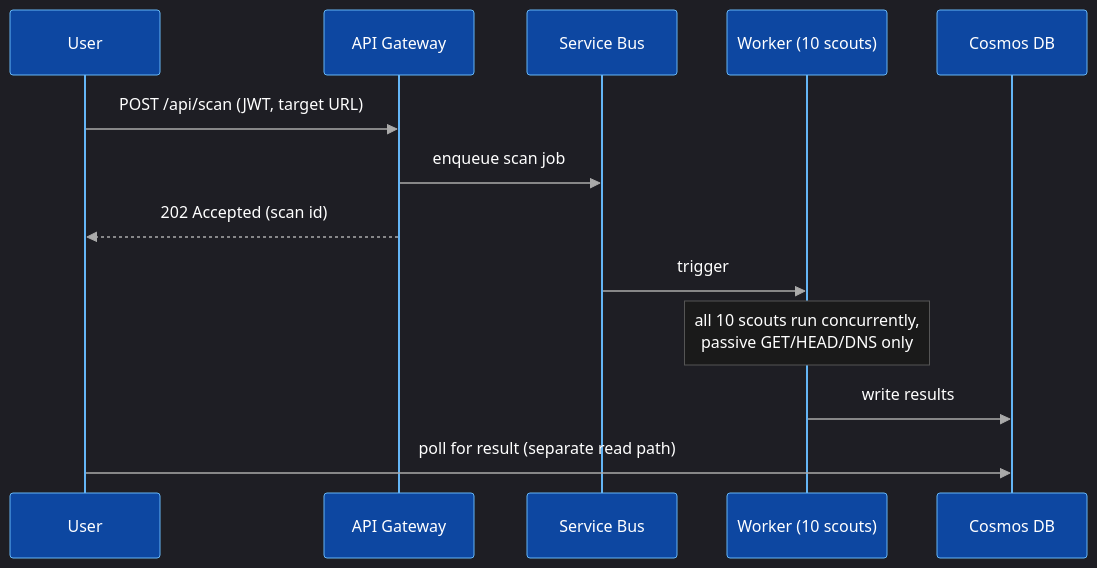
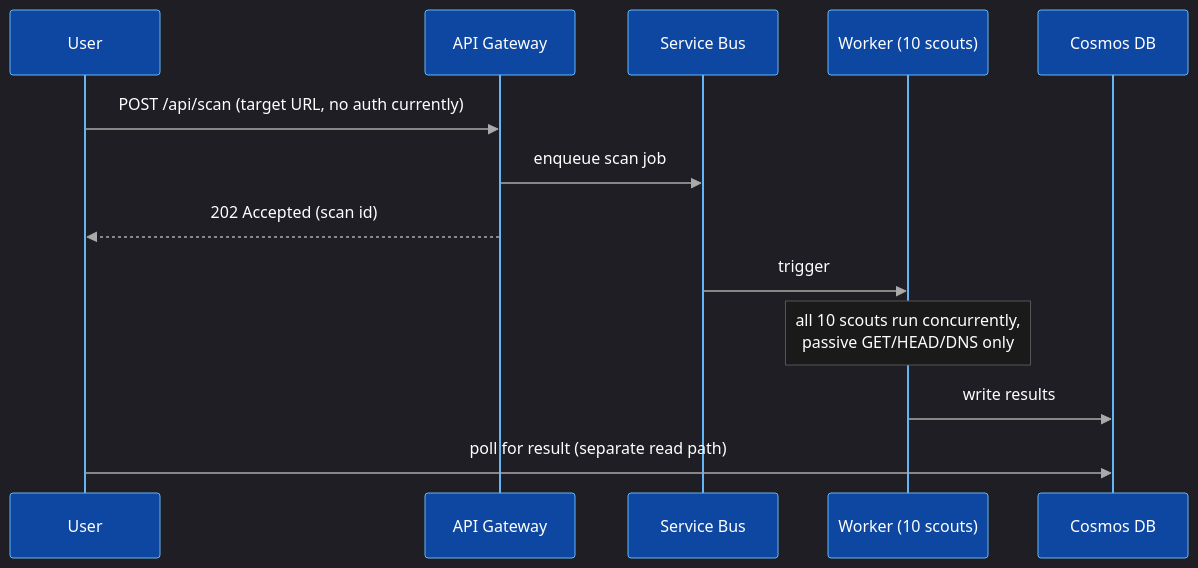
The diagram in docs/index.md (amramer101/Bravo6-RS), drawn with Mermaid before and after one commit. The commit also changed 45 other files, not shown here.

````diff
--- a/docs/index.md
+++ b/docs/index.md
@@ -30,39 +30,39 @@
 ```mermaid
 %%{init: {
   'theme': 'dark',
   'themeVariables': {
     'primaryColor': '#0D47A1',
     'primaryBorderColor': '#64B5F6',
     'lineColor': '#aaa',
     'secondaryColor': '#1A237E',
     'tertiaryColor': '#311B92',
     'actorBkg': '#0D47A1',
     'actorBorder': '#64B5F6',
     'actorTextColor': '#fff',
     'actorLineColor': '#64B5F6',
     'signalColor': '#aaa',
     'signalTextColor': '#fff',
     'labelBoxBkgColor': '#1B5E20',
     'labelBoxBorderColor': '#81C784',
     'labelTextColor': '#fff',
     'loopTextColor': '#fff',
     'noteBorderColor': '#555',
     'noteBkgColor': '#1a1a1a',
     'noteTextColor': '#fff'
   }
 }}%%
 sequenceDiagram
     participant User as User
     participant GW as API Gateway
     participant SB as Service Bus
     participant W as Worker (10 scouts)
     participant DB as Cosmos DB
 
-    User->>GW: POST /api/scan (JWT, target URL)
+    User->>GW: POST /api/scan (target URL, no auth currently)
     GW->>SB: enqueue scan job
     GW-->>User: 202 Accepted (scan id)
     SB->>W: trigger
     Note over W: all 10 scouts run concurrently,<br/>passive GET/HEAD/DNS only
     W->>DB: write results
     User->>DB: poll for result (separate read path)
 ```
````
